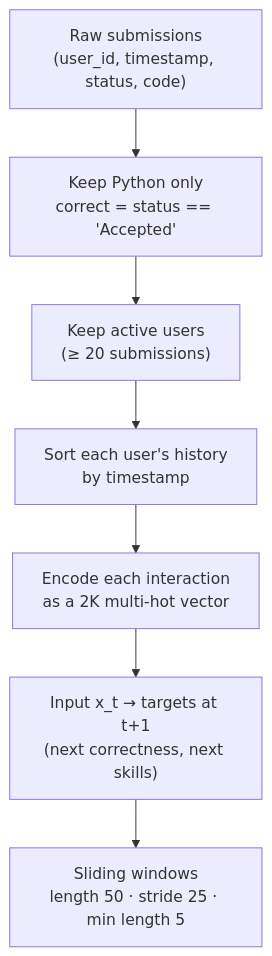
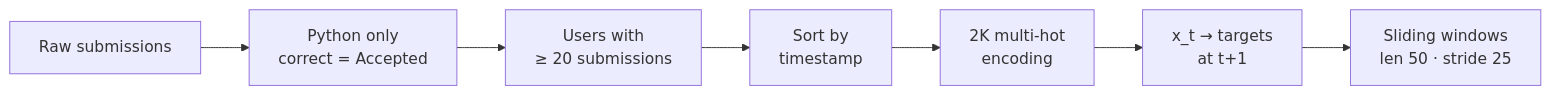
Before and after one commit to jawad123arshad/AST-MTDKT-An-AST-Based-Multi-Task-Deep-Knowledge-Tracing-Framework-for-Programming-Skill-Modeling: the second of 4 diagrams in README.md, drawn with Mermaid. The commit also changed other lines of this file and 12 other files, not shown here.

````diff
--- a/README.md
+++ b/README.md
@@ -130,9 +121,9 @@
 ```mermaid
-flowchart TB
-    R["Raw submissions<br/>(user_id, timestamp, status, code)"] --> F1["Keep Python only<br/>correct = status == 'Accepted'"]
-    F1 --> F2["Keep active users<br/>(≥ 20 submissions)"]
-    F2 --> F3["Sort each user's history<br/>by timestamp"]
-    F3 --> F4["Encode each interaction<br/>as a 2K multi-hot vector"]
-    F4 --> F5["Input x_t → targets at t+1<br/>(next correctness, next skills)"]
-    F5 --> F6["Sliding windows<br/>length 50 · stride 25 · min length 5"]
+flowchart LR
+    R["Raw submissions"] --> F1["Python only<br/>correct = Accepted"]
+    F1 --> F2["Users with<br/>≥ 20 submissions"]
+    F2 --> F3["Sort by<br/>timestamp"]
+    F3 --> F4["2K multi-hot<br/>encoding"]
+    F4 --> F5["x_t → targets<br/>at t+1"]
+    F5 --> F6["Sliding windows<br/>len 50 · stride 25"]
 ```
````
